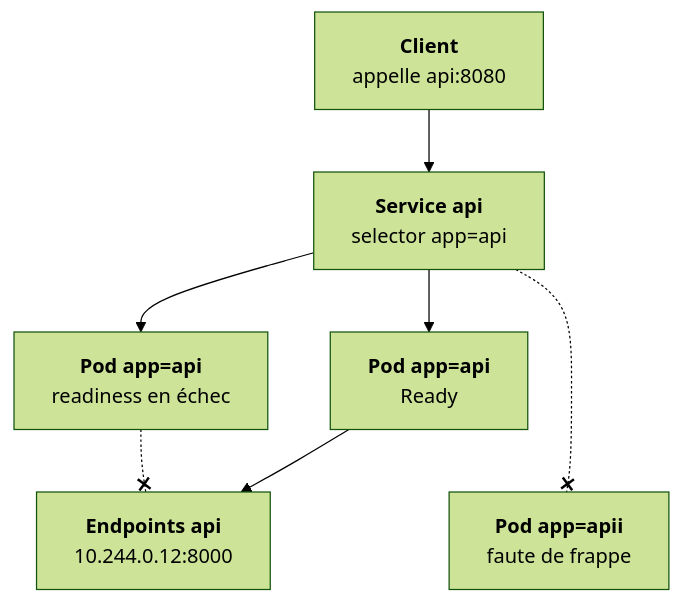
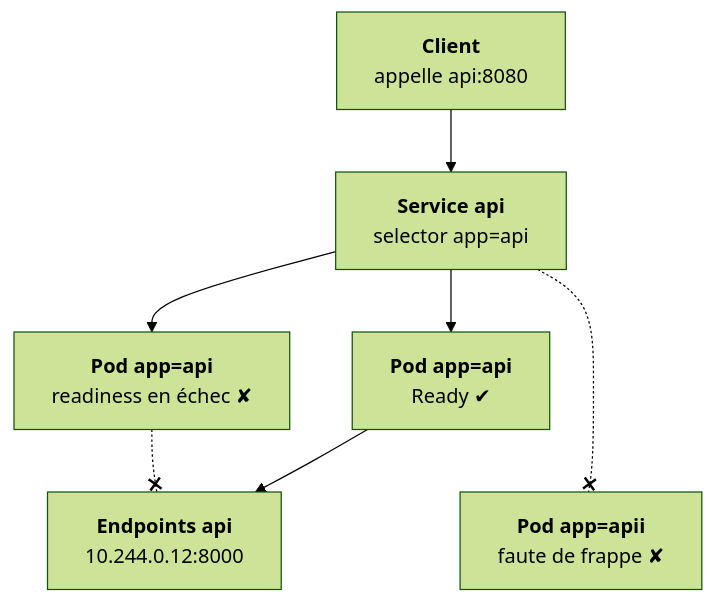
One commit to valhugnat1/cours-kube changed the diagram in src/content/lecons/04-reseau/02-service-endpoints.mdx. Above: the diagram before and after it, drawn with Mermaid (forest theme). The commit also changed other lines of this file and 22 other files, not shown here.

````diff
--- a/src/content/lecons/04-reseau/02-service-endpoints.mdx
+++ b/src/content/lecons/04-reseau/02-service-endpoints.mdx
@@ -64,13 +47,13 @@
 ```mermaid
 flowchart TD
-  %% scene: Le selector filtre :: Le Service retient les pods qui portent `app=api`. Le pod `app=apii` n'est même pas regardé. :: S, S>P1, S>P2, !P3
-  %% scene: La readiness filtre encore :: Parmi eux, seuls les pods Ready entrent dans les endpoints. Le pod en échec de readiness en sort. :: P1>E, !P2, E
+  %% scene: Le selector filtre :: Le Service retient les pods qui portent `app=api`. Le pod `app=apii` n'est même pas regardé : mauvaise équipe. :: S, S>P1, S>P2, !P3
+  %% scene: La readiness filtre encore :: Parmi eux, seuls les pods Ready entrent dans les endpoints. Le pod en échec de readiness en sort : agent déconnecté. :: P1>E, !P2, E
   %% scene: Ce que voit le client :: Le client n'atteint que ce qui est dans les endpoints. Liste vide : échec de connexion. :: C>S, S>P1, P1>E, E
-  C["<b>Client</b><br/>appelle api:8080"] --> S["<b>Service api</b><br/>selector app=api"]
-  S --> P1["<b>Pod app=api</b><br/>Ready"]
-  S --> P2["<b>Pod app=api</b><br/>readiness en échec"]
-  S -.-x P3["<b>Pod app=apii</b><br/>faute de frappe"]
-  P1 --> E["<b>Endpoints api</b><br/>10.244.0.12:8000"]
+  C["<b>Client</b><br/>appelle api:8080"]:::ext --> S["<b>Service api</b><br/>selector app=api"]:::regle
+  S --> P1["<b>Pod app=api</b><br/>Ready ✔"]:::cible
+  S --> P2["<b>Pod app=api</b><br/>readiness en échec ✘"]:::ko
+  S -.-x P3["<b>Pod app=apii</b><br/>faute de frappe ✘"]:::ko
+  P1 --> E["<b>Endpoints api</b><br/>10.244.0.12:8000"]:::cible
   P2 -.-x E
   P1 ~~~ P3
 ```
````
